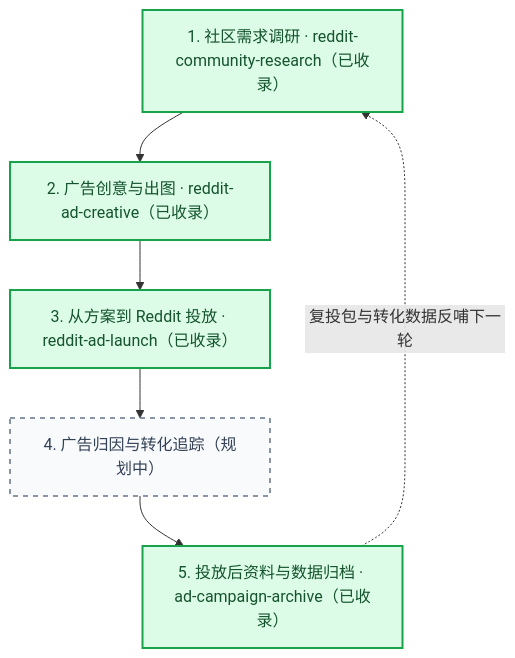
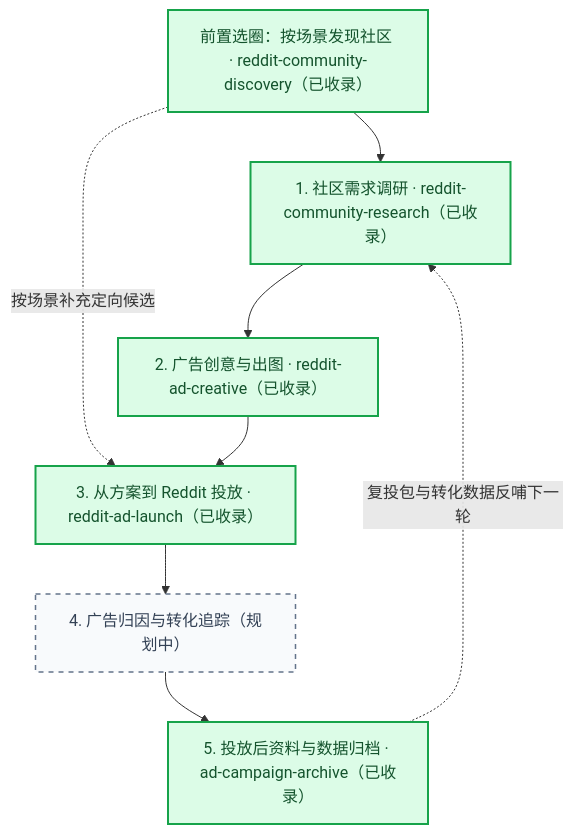
Before and after one commit to ezra-y/reddit-ad-workflow-skills: the first of 7 diagrams in README.md, drawn with Mermaid. The commit also changed other lines of this file and 7 other files, not shown here.

Commit message:
feat: add reddit-community-discovery skill for scenario-based subreddit selection

````diff
--- a/README.md
+++ b/README.md
@@ -7,19 +7,22 @@
 ```mermaid
 flowchart TD
+    S0["前置选圈：按场景发现社区 · reddit-community-discovery（已收录）"]
     S1["1. 社区需求调研 · reddit-community-research（已收录）"]
     S2["2. 广告创意与出图 · reddit-ad-creative（已收录）"]
     S3["3. 从方案到 Reddit 投放 · reddit-ad-launch（已收录）"]
     S4["4. 广告归因与转化追踪（规划中）"]
     S5["5. 投放后资料与数据归档 · ad-campaign-archive（已收录）"]
 
+    S0 --> S1
+    S0 -.->|"按场景补充定向候选"| S3
     S1 --> S2
     S2 --> S3
     S3 --> S4
     S4 --> S5
     S5 -.->|"复投包与转化数据反哺下一轮"| S1
 
     classDef ready fill:#DCFCE7,stroke:#16A34A,stroke-width:2px,color:#14532D
     classDef planned fill:#F8FAFC,stroke:#64748B,stroke-width:1.5px,stroke-dasharray: 5 5,color:#334155
-    class S1,S2,S3,S5 ready
+    class S0,S1,S2,S3,S5 ready
     class S4 planned
 ```
````
